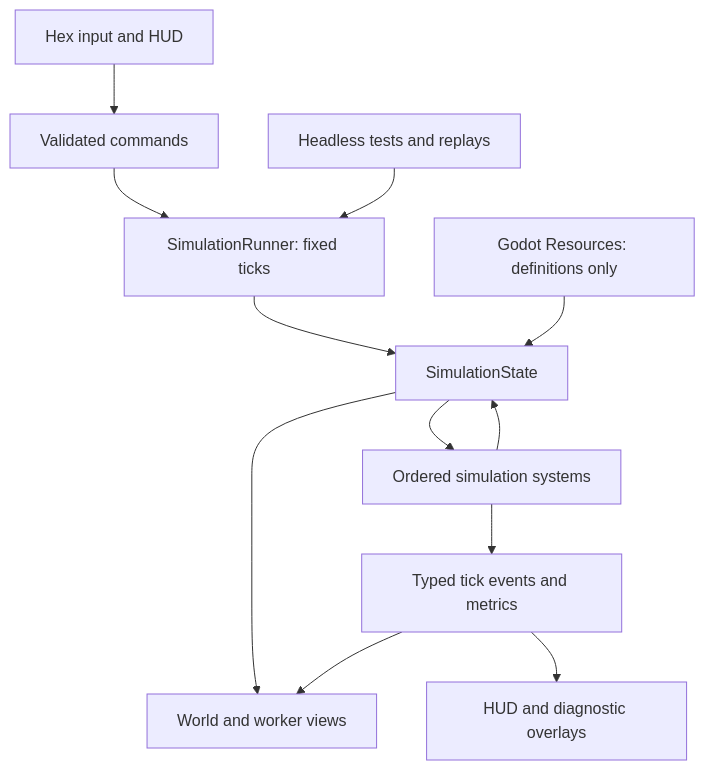
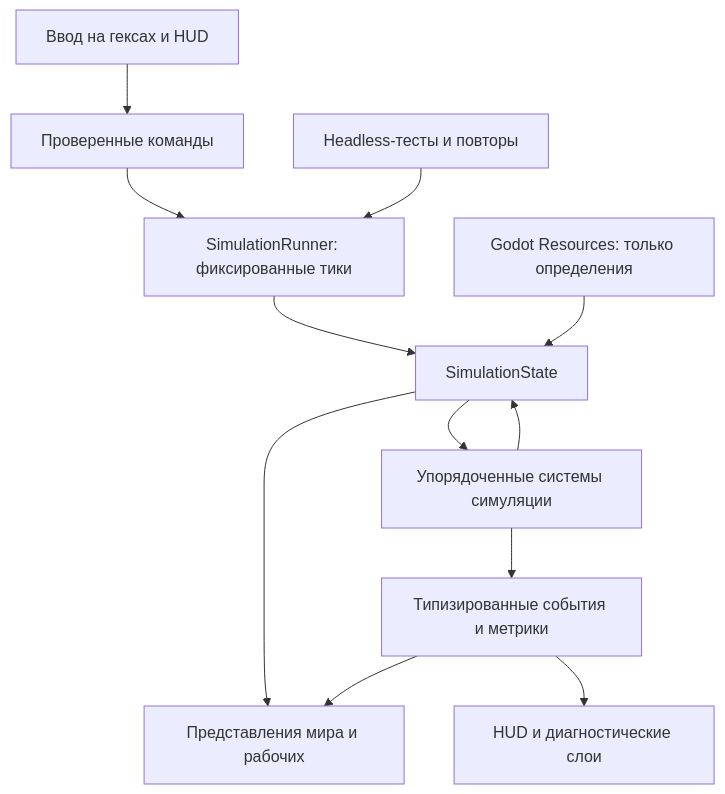
Before and after one commit to igolebe7-lab/steampunk: the diagram in docs/superpowers/specs/2026-07-10-steampunk-logistics-prototype-design.md, drawn with Mermaid. The commit also changed other lines of this file, not shown here.

````diff
--- a/docs/superpowers/specs/2026-07-10-steampunk-logistics-prototype-design.md
+++ b/docs/superpowers/specs/2026-07-10-steampunk-logistics-prototype-design.md
@@ -104,14 +133,14 @@
 ```mermaid
 flowchart TD
-    Input["Hex input and HUD"] --> Commands["Validated commands"]
-    Commands --> Runner["SimulationRunner: fixed ticks"]
+    Input["Ввод на гексах и HUD"] --> Commands["Проверенные команды"]
+    Commands --> Runner["SimulationRunner: фиксированные тики"]
     Runner --> State["SimulationState"]
-    State --> Systems["Ordered simulation systems"]
+    State --> Systems["Упорядоченные системы симуляции"]
     Systems --> State
-    Systems --> Events["Typed tick events and metrics"]
-    State --> Views["World and worker views"]
+    Systems --> Events["Типизированные события и метрики"]
+    State --> Views["Представления мира и рабочих"]
     Events --> Views
-    Events --> Diagnostics["HUD and diagnostic overlays"]
-    Definitions["Godot Resources: definitions only"] --> State
-    Headless["Headless tests and replays"] --> Runner
+    Events --> Diagnostics["HUD и диагностические слои"]
+    Definitions["Godot Resources: только определения"] --> State
+    Headless["Headless-тесты и повторы"] --> Runner
 ```
````
